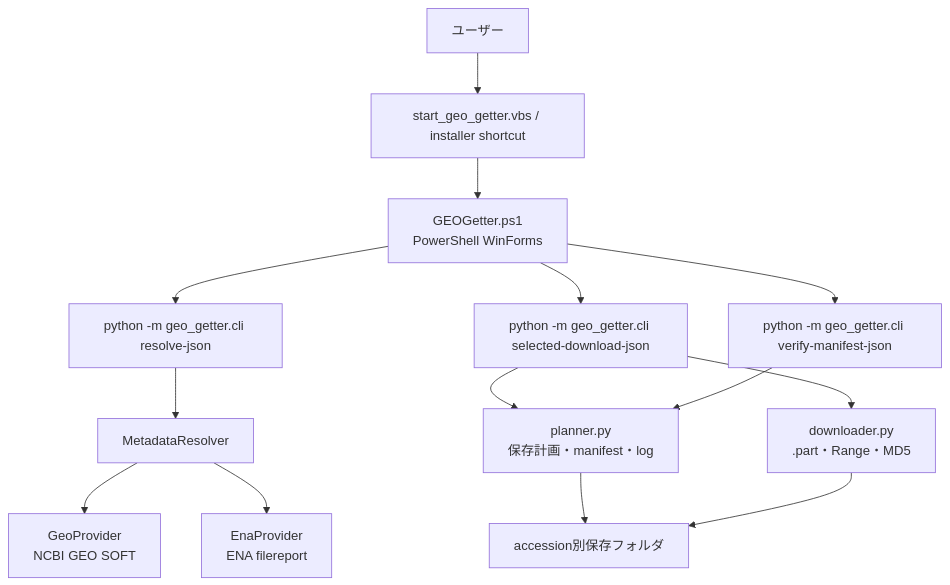
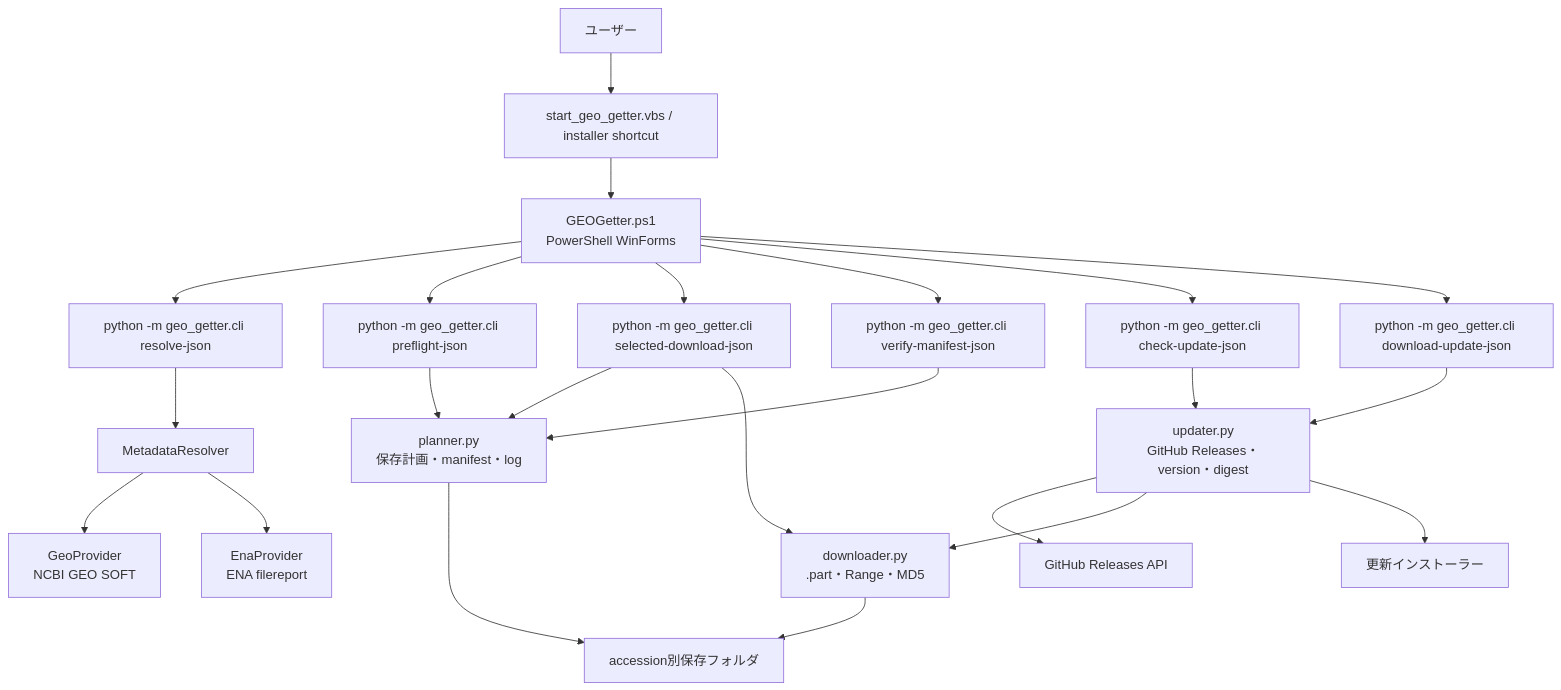
The diagram in docs/ARCHITECTURE.md (K81ta/geo-getter), drawn with Mermaid before and after one commit. The commit also changed other lines of this file and 1 other file, not shown here.

Commit message:
Update architecture and data flow docs

````diff
--- a/docs/ARCHITECTURE.md
+++ b/docs/ARCHITECTURE.md
@@ -40,16 +42,25 @@
 ```mermaid
 flowchart TD
     User["ユーザー"] --> Launcher["start_geo_getter.vbs / installer shortcut"]
     Launcher --> GUI["GEOGetter.ps1\nPowerShell WinForms"]
     GUI --> ResolveCLI["python -m geo_getter.cli resolve-json"]
+    GUI --> PreflightCLI["python -m geo_getter.cli preflight-json"]
     GUI --> DownloadCLI["python -m geo_getter.cli selected-download-json"]
     GUI --> VerifyCLI["python -m geo_getter.cli verify-manifest-json"]
+    GUI --> UpdateCheckCLI["python -m geo_getter.cli check-update-json"]
+    GUI --> UpdateDownloadCLI["python -m geo_getter.cli download-update-json"]
     ResolveCLI --> Resolver["MetadataResolver"]
     Resolver --> GEO["GeoProvider\nNCBI GEO SOFT"]
     Resolver --> ENA["EnaProvider\nENA filereport"]
+    PreflightCLI --> Planner["planner.py\n保存計画・manifest・log"]
     DownloadCLI --> Planner["planner.py\n保存計画・manifest・log"]
     DownloadCLI --> Downloader["downloader.py\n.part・Range・MD5"]
     VerifyCLI --> Planner
+    UpdateCheckCLI --> Updater["updater.py\nGitHub Releases・version・digest"]
+    UpdateDownloadCLI --> Updater
+    Updater --> GitHub["GitHub Releases API"]
+    Updater --> Downloader
     Planner --> Output["accession別保存フォルダ"]
     Downloader --> Output
+    Updater --> Installer["更新インストーラー"]
 ```
````
